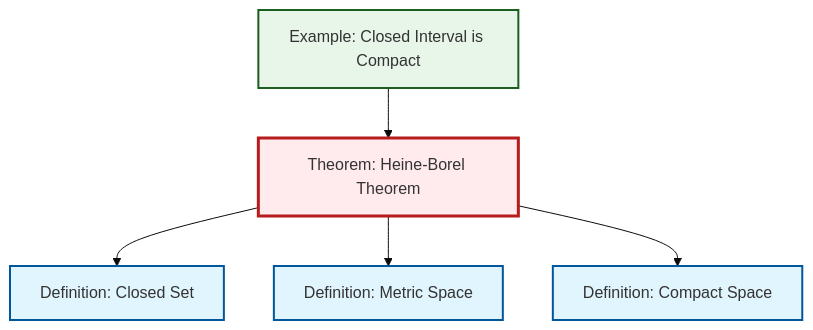
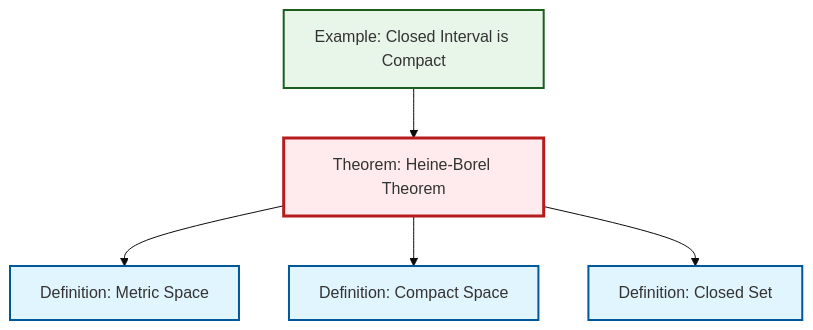
Before and after one commit to RK0429/ModernMath: the diagram in content/en/topology/thm-heine-borel.qmd, drawn with Mermaid (base theme). The commit also changed other lines of this file and 615 other files, not shown here.

````diff
--- a/content/en/topology/thm-heine-borel.qmd
+++ b/content/en/topology/thm-heine-borel.qmd
@@ -46,23 +46,23 @@
 ```{mermaid}
 %%| fig-cap: "Local dependency graph"
 graph TD
     classDef definition fill:#e1f5fe,stroke:#01579b,stroke-width:2px
     classDef theorem fill:#f3e5f5,stroke:#4a148c,stroke-width:2px
     classDef axiom fill:#fff3e0,stroke:#e65100,stroke-width:2px
     classDef example fill:#e8f5e9,stroke:#1b5e20,stroke-width:2px
     classDef current fill:#ffebee,stroke:#b71c1c,stroke-width:3px
+    def-closed-set["Definition: Closed Set"]:::definition
+    def-metric-space["Definition: Metric Space"]:::definition
     ex-closed-interval-compact["Example: Closed Interval is Compact"]:::example
+    def-compact["Definition: Compact Space"]:::definition
     thm-heine-borel["Theorem: Heine-Borel Theorem"]:::theorem
-    def-metric-space["Definition: Metric Space"]:::definition
-    def-closed-set["Definition: Closed Set"]:::definition
-    def-compact["Definition: Compact Space"]:::definition
-    thm-heine-borel --> def-closed-set
     thm-heine-borel --> def-metric-space
     ex-closed-interval-compact --> thm-heine-borel
     thm-heine-borel --> def-compact
+    thm-heine-borel --> def-closed-set
     class thm-heine-borel current
+    click def-closed-set "def-closed-set.html" "Go to Closed Set definition"
+    click def-metric-space "def-metric-space.html" "Go to Metric Space definition"
     click ex-closed-interval-compact "ex-closed-interval-compact.html" "Go to Closed Interval is Compact example"
-    click def-metric-space "def-metric-space.html" "Go to Metric Space definition"
-    click def-closed-set "def-closed-set.html" "Go to Closed Set definition"
     click def-compact "def-compact.html" "Go to Compact Space definition"
 ```
````
